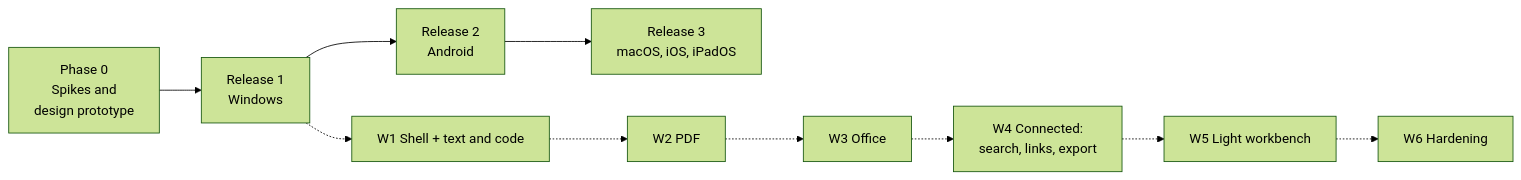
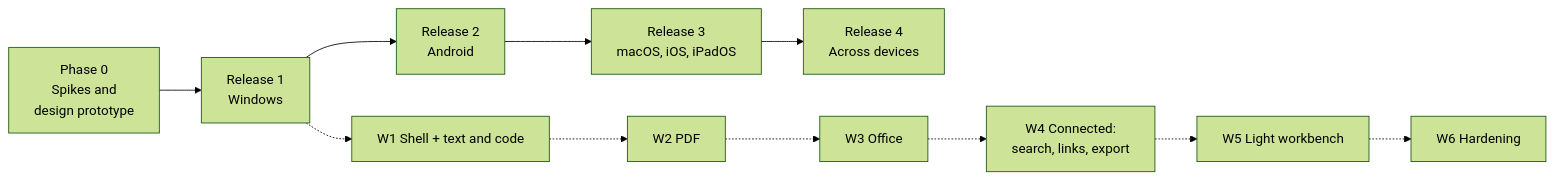
The diagram in docs/plans/03-roadmap.md (RahulTarigoppula/Productivity-tool), drawn with Mermaid (forest theme) before and after one commit. The commit also changed other lines of this file and 4 other files, not shown here.

````diff
--- a/docs/plans/03-roadmap.md
+++ b/docs/plans/03-roadmap.md
@@ -9,7 +9,8 @@
 ```mermaid
 flowchart LR
     P0["Phase 0<br/>Spikes and<br/>design prototype"] --> W["Release 1<br/>Windows"]
     W --> A["Release 2<br/>Android"]
     A --> M["Release 3<br/>macOS, iOS, iPadOS"]
+    M --> X["Release 4<br/>Across devices"]
     W -.-> W1["W1 Shell + text and code"] -.-> W2["W2 PDF"] -.-> W3["W3 Office"] -.-> W4["W4 Connected:<br/>search, links, export"] -.-> W5["W5 Light workbench"] -.-> W6["W6 Hardening"]
 ```
````
